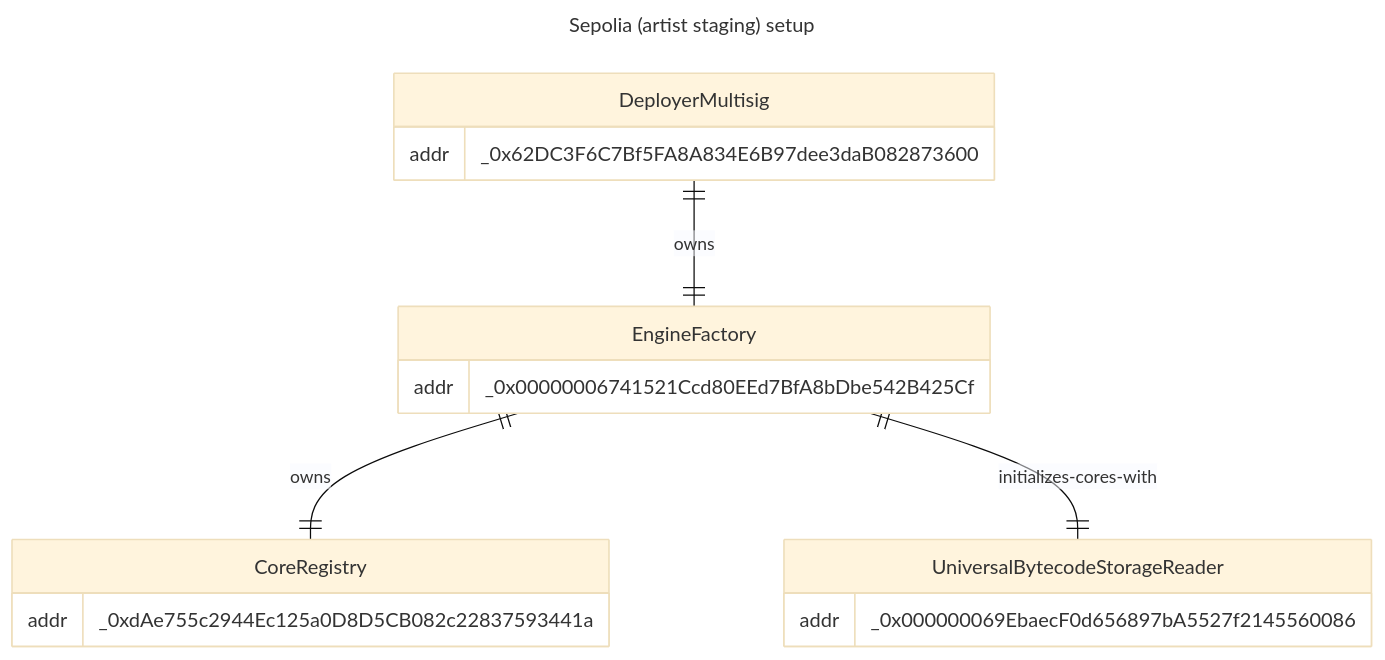
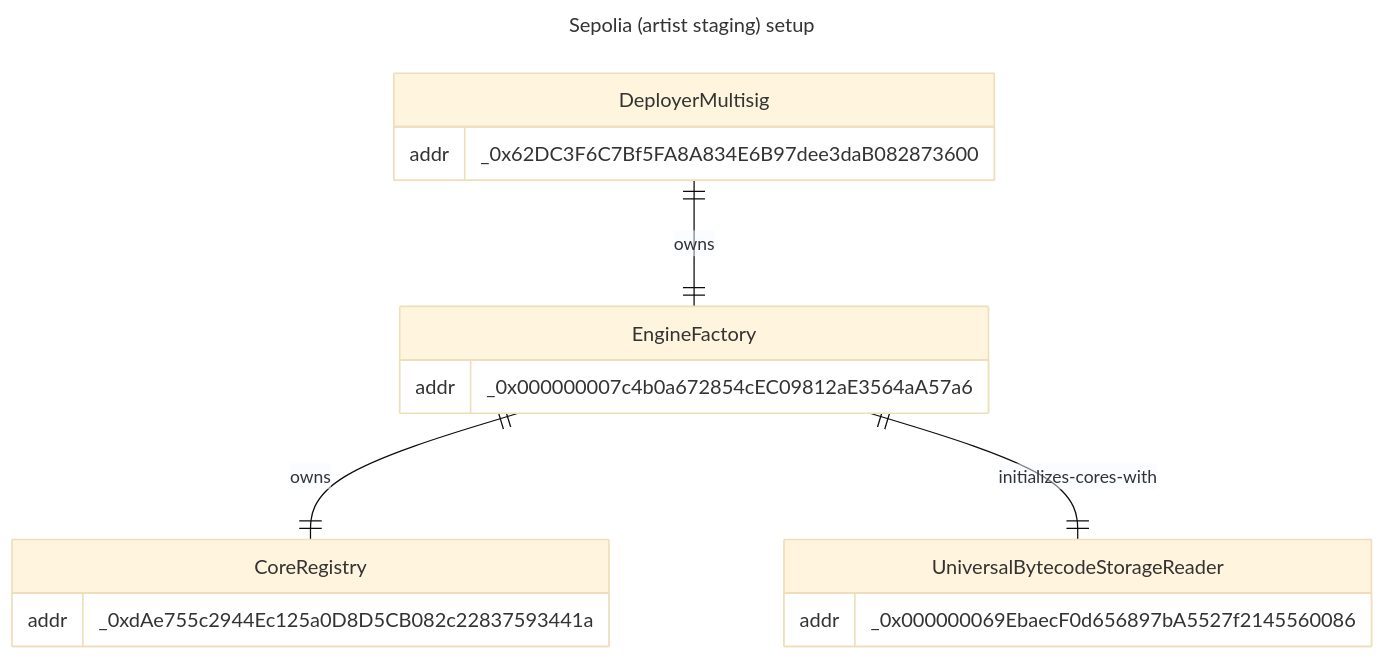
The fifth of 6 diagrams in packages/contracts/INFRASTRUCTURE.md (ArtBlocks/artblocks-contracts), drawn with Mermaid (base theme) before and after one commit. The commit also changed other lines of this file and 17 other files, not shown here.

````diff
--- a/packages/contracts/INFRASTRUCTURE.md
+++ b/packages/contracts/INFRASTRUCTURE.md
@@ -143,21 +134,21 @@
 ```mermaid
 ---
 title: Sepolia (artist staging) setup
 ---
 erDiagram
     DeployerMultisig ||--|| EngineFactory : owns
     EngineFactory ||--|| CoreRegistry : owns
     EngineFactory ||--|| UniversalBytecodeStorageReader : initializes-cores-with
     DeployerMultisig {
         addr _0x62DC3F6C7Bf5FA8A834E6B97dee3daB082873600
     }
     EngineFactory {
-        addr _0x00000006741521Ccd80EEd7BfA8bDbe542B425Cf
+        addr _0x000000007c4b0a672854cEC09812aE3564aA57a6
     }
     CoreRegistry {
         addr _0xdAe755c2944Ec125a0D8D5CB082c22837593441a
     }
     UniversalBytecodeStorageReader {
         addr _0x000000069EbaecF0d656897bA5527f2145560086
     }
 ```
````
